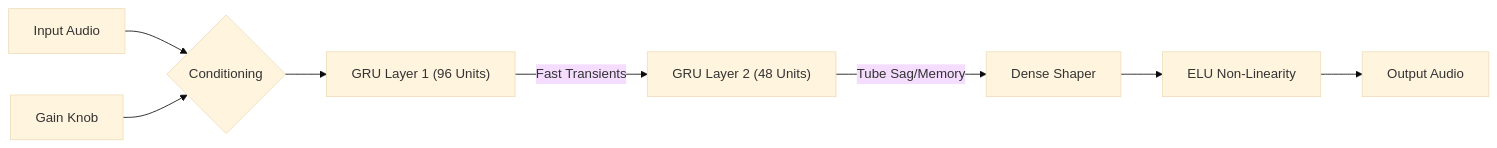
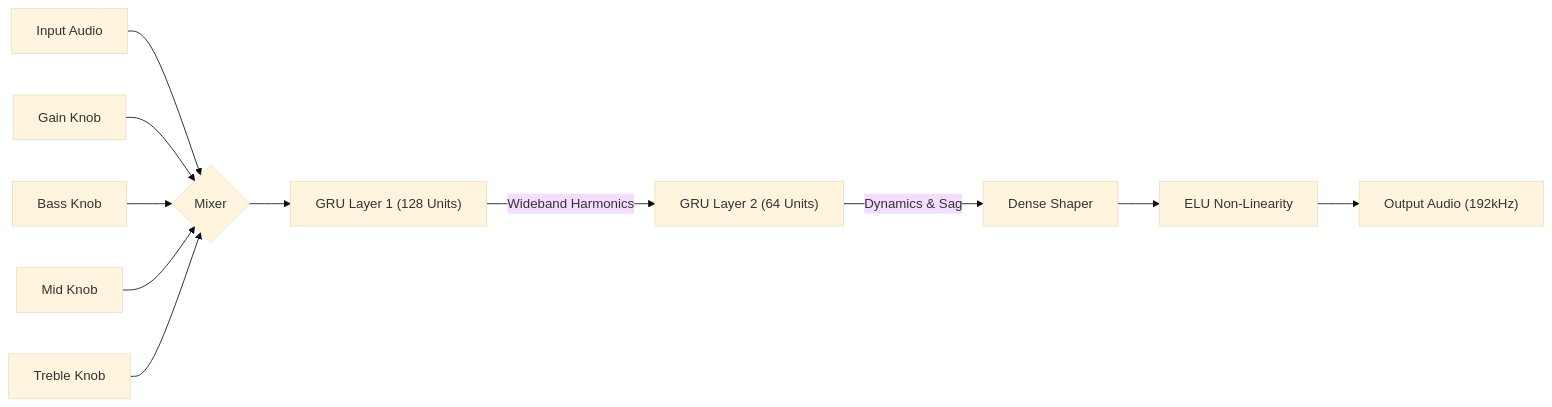
The diagram in README.md (UlrikRibler/High-Fidelity-Neural-Amplifier-Profiling-in-MATLAB), drawn with Mermaid (base theme) before and after one commit. The commit also changed other lines of this file and 5 other files, not shown here.

````diff
--- a/README.md
+++ b/README.md
@@ -27,10 +25,14 @@
 ```mermaid
 graph LR
-    A["Input Audio"] --> C{"Conditioning"}
-    B["Gain Knob"] --> C
-    C --> D["GRU Layer 1 (96 Units)"]
-    D -->|Fast Transients| E["GRU Layer 2 (48 Units)"]
-    E -->|Tube Sag/Memory| F["Dense Shaper"]
+    A["Input Audio"] --> M{Mixer}
+    K1["Gain Knob"] --> M
+    K2["Bass Knob"] --> M
+    K3["Mid Knob"] --> M
+    K4["Treble Knob"] --> M
+    
+    M --> D["GRU Layer 1 (128 Units)"]
+    D -->|Wideband Harmonics| E["GRU Layer 2 (64 Units)"]
+    E -->|Dynamics & Sag| F["Dense Shaper"]
     F --> G["ELU Non-Linearity"]
-    G --> H["Output Audio"]
+    G --> H["Output Audio (192kHz)"]
 ```
````
